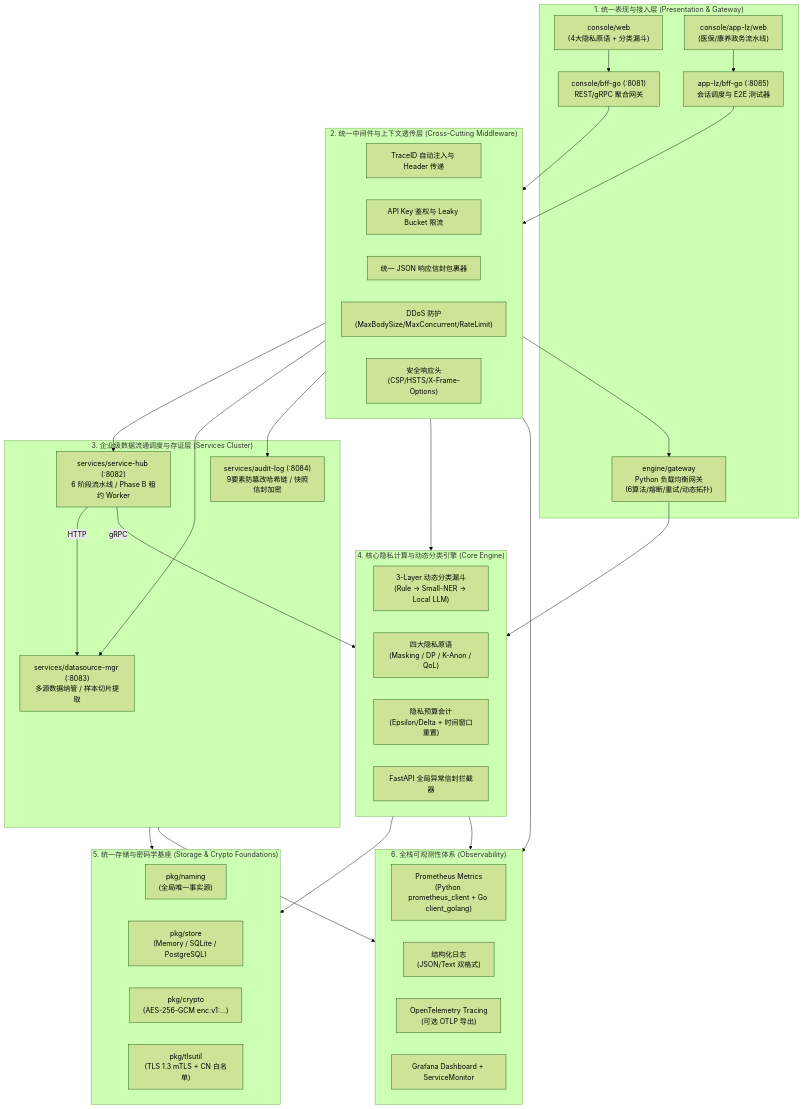
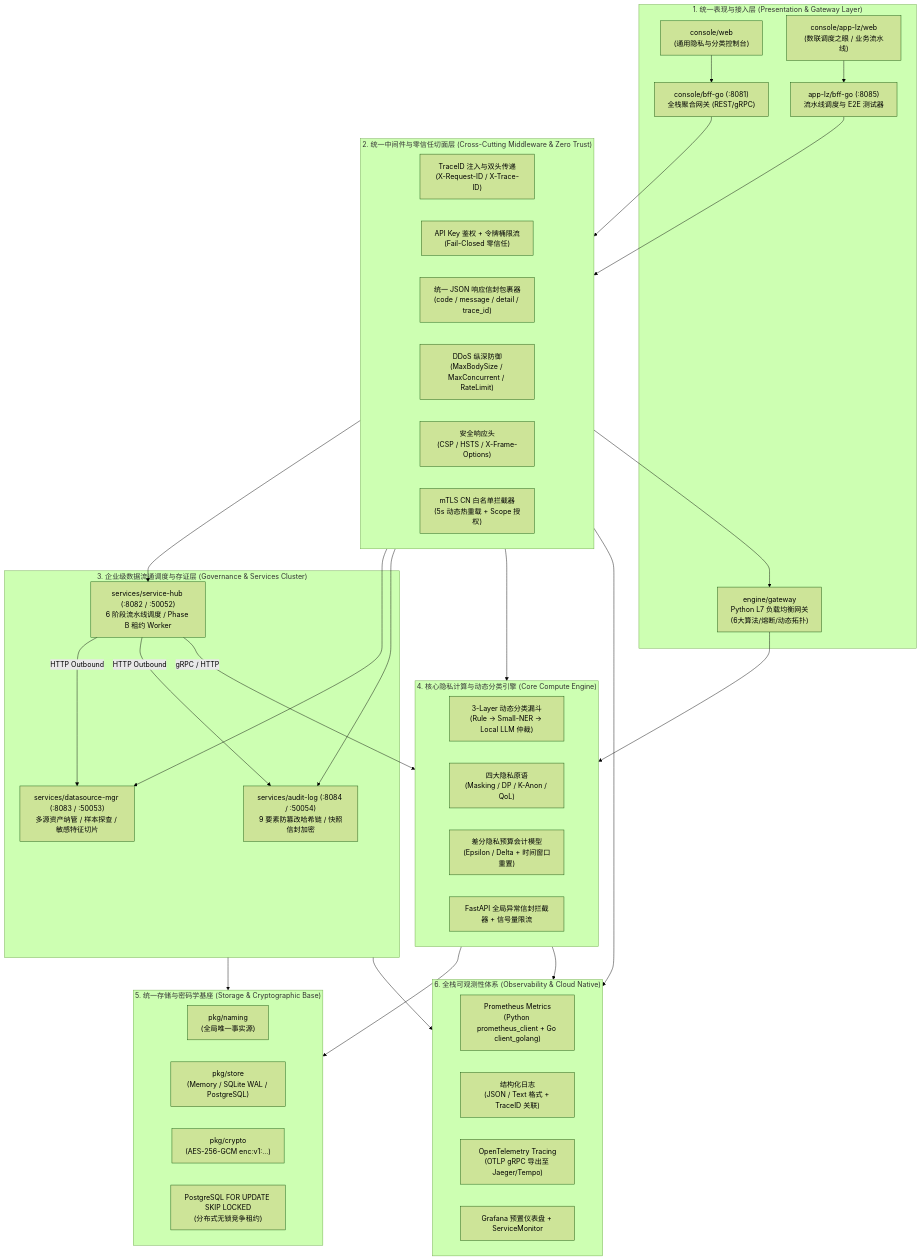
Before and after one commit to fengzhizi319/PrivShield: the first of 2 diagrams in docs/archive/unified_design.md, drawn with Mermaid (forest theme). The commit also changed other lines of this file and 2 other files, not shown here.

````diff
--- a/docs/archive/unified_design.md
+++ b/docs/archive/unified_design.md
@@ -42,59 +32,61 @@
 ```mermaid
 flowchart TD
-    subgraph LayerPresentation ["1. 统一表现与接入层 (Presentation & Gateway)"]
-        WebFull["console/web<br/>(4大隐私原语 + 分类漏斗)"]
-        WebAppLZ["console/app-lz/web<br/>(医保/康养政务流水线)"]
-        BFFGo["console/bff-go (:8081)<br/>REST/gRPC 聚合网关"]
-        BFFLZ["app-lz/bff-go (:8085)<br/>会话调度与 E2E 测试器"]
-        PyGW["engine/gateway<br/>Python 负载均衡网关<br/>(6算法/熔断/重试/动态拓扑)"]
+    subgraph LayerPresentation ["1. 统一表现与接入层 (Presentation & Gateway Layer)"]
+        WebFull["console/web<br/>(通用隐私与分类控制台)"]
+        WebAppLZ["console/app-lz/web<br/>(数联调度之眼 / 业务流水线)"]
+        BFFGo["console/bff-go (:8081)<br/>全栈聚合网关 (REST/gRPC)"]
+        BFFLZ["app-lz/bff-go (:8085)<br/>流水线调度与 E2E 测试器"]
+        PyGW["engine/gateway<br/>Python L7 负载均衡网关<br/>(6大算法/熔断/动态拓扑)"]
     end
 
-    subgraph LayerMiddleware ["2. 统一中间件与上下文透传层 (Cross-Cutting Middleware)"]
-        TraceMW["TraceID 自动注入与 Header 传递"]
-        AuthMW["API Key 鉴权与 Leaky Bucket 限流"]
-        EnvelopeMW["统一 JSON 响应信封包裹器"]
-        DDoSMW["DDoS 防护<br/>(MaxBodySize/MaxConcurrent/RateLimit)"]
-        SecHeaders["安全响应头<br/>(CSP/HSTS/X-Frame-Options)"]
+    subgraph LayerMiddleware ["2. 统一中间件与零信任切面层 (Cross-Cutting Middleware & Zero Trust)"]
+        TraceMW["TraceID 注入与双头传递<br/>(X-Request-ID / X-Trace-ID)"]
+        AuthMW["API Key 鉴权 + 令牌桶限流<br/>(Fail-Closed 零信任)"]
+        EnvelopeMW["统一 JSON 响应信封包裹器<br/>(code / message / detail / trace_id)"]
+        DDoSMW["DDoS 纵深防御<br/>(MaxBodySize / MaxConcurrent / RateLimit)"]
+        SecHeaders["安全响应头<br/>(CSP / HSTS / X-Frame-Options)"]
+        mTLSFilter["mTLS CN 白名单拦截器<br/>(5s 动态热重载 + Scope 授权)"]
     end
 
-    subgraph LayerGovernance ["3. 企业级数据流通调度与存证层 (Services Cluster)"]
-        Hub["services/service-hub (:8082)<br/>6 阶段流水线 / Phase B 租约 Worker"]
-        DSMgr["services/datasource-mgr (:8083)<br/>多源数据纳管 / 样本切片提取"]
-        Audit["services/audit-log (:8084)<br/>9要素防篡改哈希链 / 快照信封加密"]
+    subgraph LayerGovernance ["3. 企业级数据流通调度与存证层 (Governance & Services Cluster)"]
+        Hub["services/service-hub (:8082 / :50052)<br/>6 阶段流水线调度 / Phase B 租约 Worker"]
+        DSMgr["services/datasource-mgr (:8083 / :50053)<br/>多源资产纳管 / 样本探查 / 敏感特征切片"]
+        Audit["services/audit-log (:8084 / :50054)<br/>9 要素防篡改哈希链 / 快照信封加密"]
     end
 
-    subgraph LayerCoreCompute ["4. 核心隐私计算与动态分类引擎 (Core Engine)"]
-        Funnel["3-Layer 动态分类漏斗<br/>(Rule → Small-NER → Local LLM)"]
+    subgraph LayerCoreCompute ["4. 核心隐私计算与动态分类引擎 (Core Compute Engine)"]
+        Funnel["3-Layer 动态分类漏斗<br/>(Rule → Small-NER → Local LLM 仲裁)"]
         Primitives["四大隐私原语<br/>(Masking / DP / K-Anon / QoL)"]
-        Budget["隐私预算会计<br/>(Epsilon/Delta + 时间窗口重置)"]
-        EngineMW["FastAPI 全局异常信封拦截器"]
+        Budget["差分隐私预算会计模型<br/>(Epsilon / Delta + 时间窗口重置)"]
+        EngineMW["FastAPI 全局异常信封拦截器 + 信号量限流"]
     end
 
-    subgraph LayerStorageSecurity ["5. 统一存储与密码学基座 (Storage & Crypto Foundations)"]
+    subgraph LayerStorageSecurity ["5. 统一存储与密码学基座 (Storage & Cryptographic Base)"]
         SSOT["pkg/naming<br/>(全局唯一事实源)"]
-        StoreFacade["pkg/store<br/>(Memory / SQLite / PostgreSQL)"]
+        StoreFacade["pkg/store<br/>(Memory / SQLite WAL / PostgreSQL)"]
         EnvelopeCrypto["pkg/crypto<br/>(AES-256-GCM enc:v1:...)"]
-        mTLSAuth["pkg/tlsutil<br/>(TLS 1.3 mTLS + CN 白名单)"]
+        LeaseEngine["PostgreSQL FOR UPDATE SKIP LOCKED<br/>(分布式无锁竞争租约)"]
     end
 
-    subgraph LayerObservability ["6. 全栈可观测性体系 (Observability)"]
+    subgraph LayerObservability ["6. 全栈可观测性体系 (Observability & Cloud Native)"]
         Metrics["Prometheus Metrics<br/>(Python prometheus_client + Go client_golang)"]
-        StructLog["结构化日志<br/>(JSON/Text 双格式)"]
-        Tracing["OpenTelemetry Tracing<br/>(可选 OTLP 导出)"]
-        Grafana["Grafana Dashboard + ServiceMonitor"]
+        StructLog["结构化日志<br/>(JSON / Text 格式 + TraceID 关联)"]
+        Tracing["OpenTelemetry Tracing<br/>(OTLP gRPC 导出至 Jaeger/Tempo)"]
+        Grafana["Grafana 预置仪表盘 + ServiceMonitor"]
     end
 
     WebFull --> BFFGo
     WebAppLZ --> BFFLZ
     BFFGo & BFFLZ --> LayerMiddleware
     LayerMiddleware --> Hub & DSMgr & Audit & LayerCoreCompute
     LayerMiddleware --> PyGW
     PyGW --> LayerCoreCompute
-    Hub -->|HTTP| DSMgr
-    Hub -->|gRPC| LayerCoreCompute
+    Hub -->|HTTP Outbound| DSMgr
+    Hub -->|gRPC / HTTP| LayerCoreCompute
+    Hub -->|HTTP Outbound| Audit
     LayerGovernance --> LayerStorageSecurity
     LayerCoreCompute --> LayerStorageSecurity
     LayerCoreCompute --> LayerObservability
     LayerGovernance --> LayerObservability
     LayerMiddleware --> LayerObservability
 ```
````
